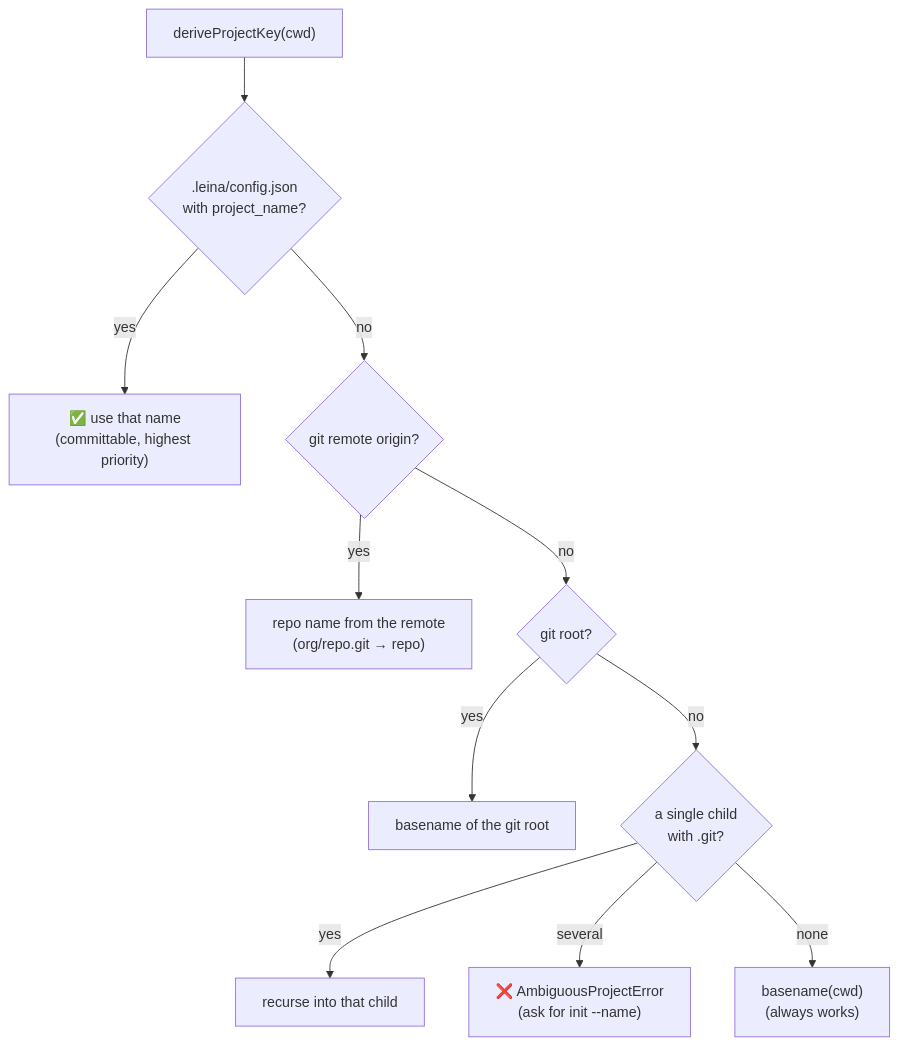
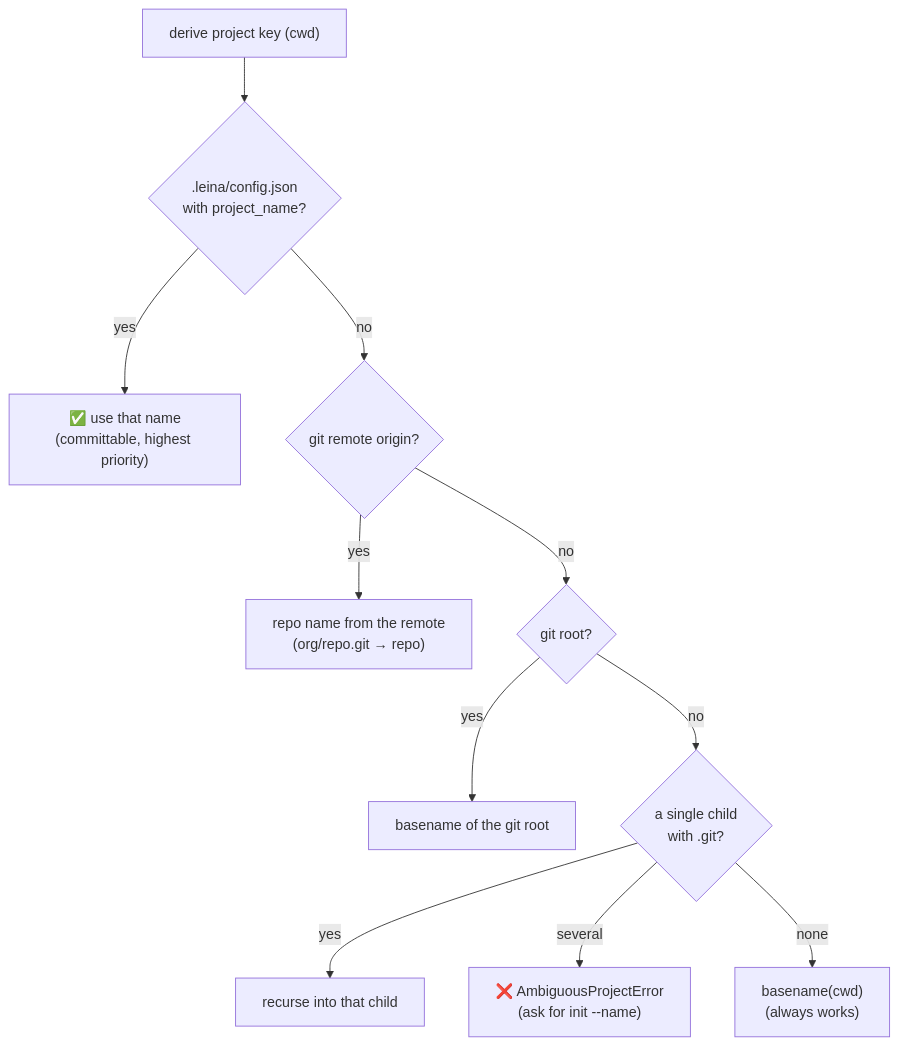
Before and after one commit to Kolimar/leina: the first of 4 diagrams in docs/i18n/en/concepts/04-memoria.md, drawn with Mermaid. The commit also changed other lines of this file and 22 other files, not shown here.

````diff
--- a/docs/i18n/en/concepts/04-memoria.md
+++ b/docs/i18n/en/concepts/04-memoria.md
@@ -28,13 +27,13 @@
 ```mermaid
 flowchart TD
-    start["deriveProjectKey(cwd)"] --> lock{".leina/config.json<br/>with project_name?"}
+    start["derive project key (cwd)"] --> lock{".leina/config.json<br/>with project_name?"}
     lock -->|yes| done["✅ use that name<br/>(committable, highest priority)"]
     lock -->|no| remote{"git remote origin?"}
     remote -->|yes| r["repo name from the remote<br/>(org/repo.git → repo)"]
     remote -->|no| root{"git root?"}
     root -->|yes| rr["basename of the git root"]
     root -->|no| child{"a single child<br/>with .git?"}
     child -->|yes| rec["recurse into that child"]
     child -->|several| amb["❌ AmbiguousProjectError<br/>(ask for init --name)"]
     child -->|none| base["basename(cwd)<br/>(always works)"]
 ```
````
